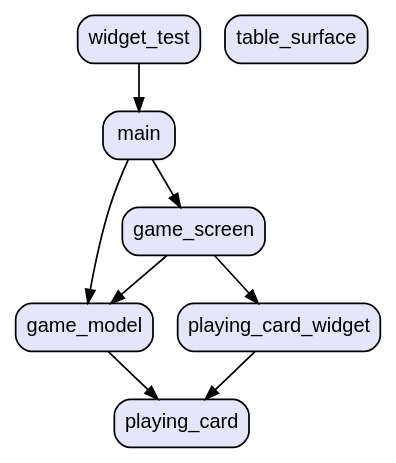
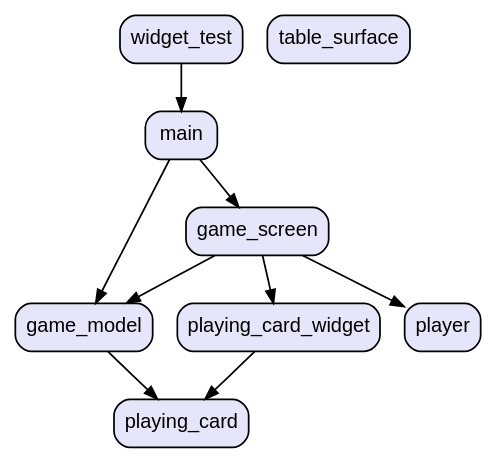
Before and after one commit to vteam-com/cards: the diagram in graph.dot, drawn with Graphviz. The commit also changed 7 other files, not shown here.

```diff
--- a/graph.dot
+++ b/graph.dot
@@ -1,19 +1,21 @@
 digraph "" {
   graph [style=rounded fontname="Arial Black" fontsize=13 penwidth=2.6];
   node [shape=rect style="filled,rounded" fontname=Arial fontsize=15 fillcolor=Lavender penwidth=1.3];
   edge [penwidth=1.3];
   "/lib/game_model.dart" [label="game_model"];
   "/lib/game_screen.dart" [label="game_screen"];
   "/lib/main.dart" [label="main"];
   "/lib/playing_card.dart" [label="playing_card"];
   "/lib/playing_card_widget.dart" [label="playing_card_widget"];
+  "/lib/widgets/player.dart" [label="player"];
   "/lib/widgets/table_surface.dart" [label="table_surface"];
   "/test/widget_test.dart" [label="widget_test"];
   "/lib/game_model.dart" -> "/lib/playing_card.dart";
   "/lib/game_screen.dart" -> "/lib/game_model.dart";
+  "/lib/game_screen.dart" -> "/lib/widgets/player.dart";
   "/lib/game_screen.dart" -> "/lib/playing_card_widget.dart";
   "/lib/main.dart" -> "/lib/game_model.dart";
   "/lib/main.dart" -> "/lib/game_screen.dart";
   "/lib/playing_card_widget.dart" -> "/lib/playing_card.dart";
   "/test/widget_test.dart" -> "/lib/main.dart";
 }
```
